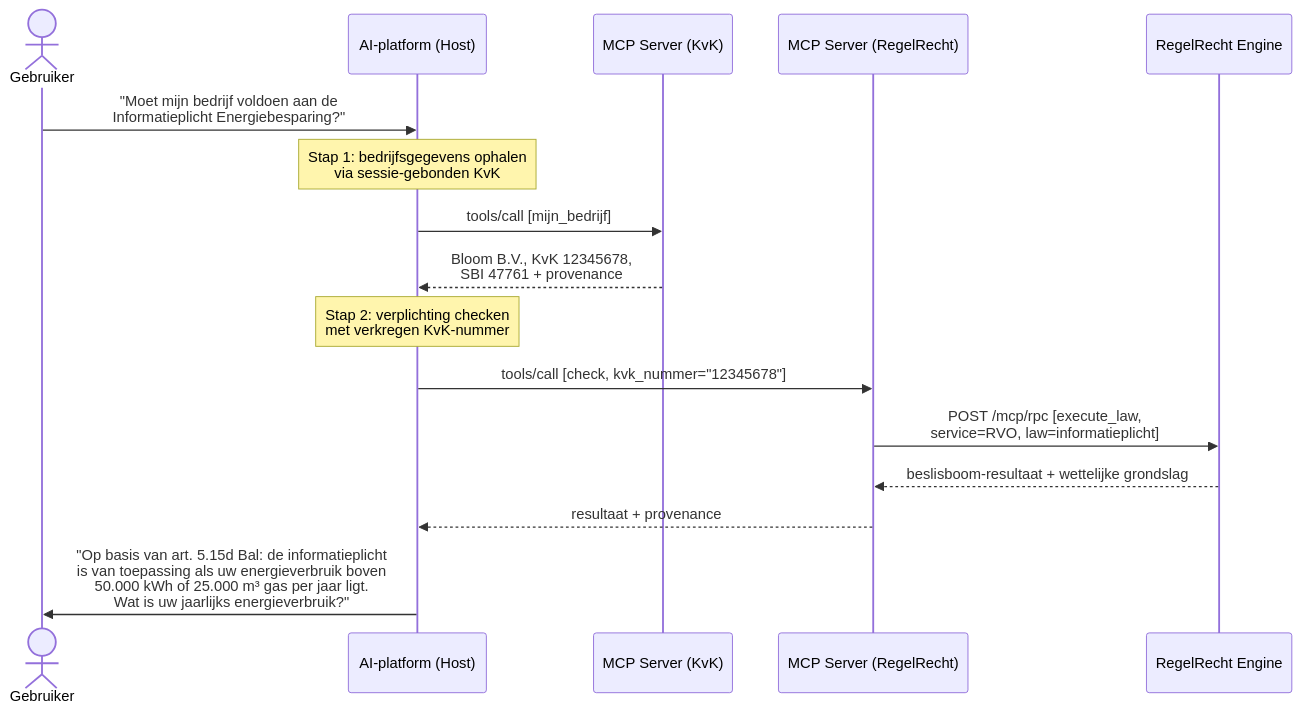
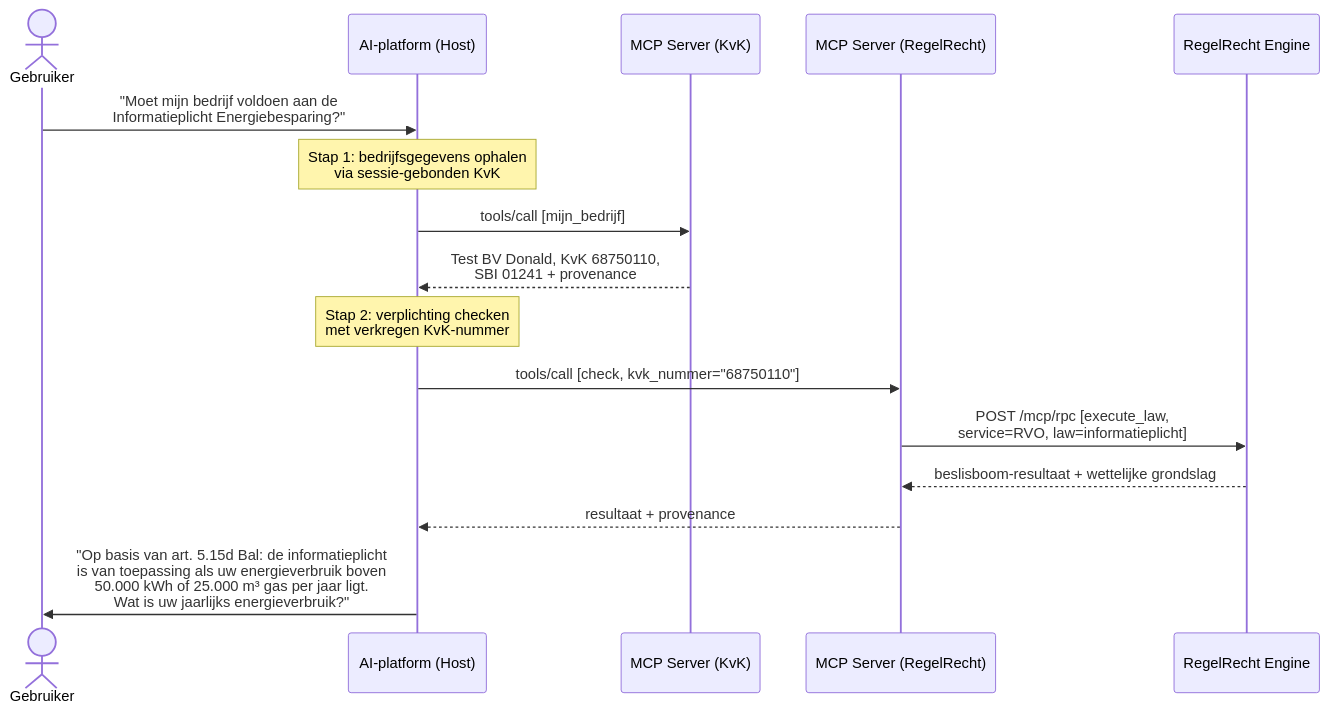
Before and after one commit to MinBZK/poc-moza: the fourth of 6 diagrams in mcp/README.md, drawn with Mermaid. The commit also changed other lines of this file and 6 other files, not shown here.

Commit message:
feat: use KVK-api: Bloom B.V. → Test BV Donald

````diff
--- a/mcp/README.md
+++ b/mcp/README.md
@@ -146,22 +146,22 @@
 ```mermaid
 sequenceDiagram
     actor Gebruiker
     participant Host as AI-platform (Host)
     participant KvK as MCP Server (KvK)
     participant RR as MCP Server (RegelRecht)
     participant Engine as RegelRecht Engine
 
     Gebruiker->>Host: "Moet mijn bedrijf voldoen aan de<br/>Informatieplicht Energiebesparing?"
 
     Note over Host: Stap 1: bedrijfsgegevens ophalen<br/>via sessie-gebonden KvK
     Host->>KvK: tools/call [mijn_bedrijf]
-    KvK-->>Host: Bloom B.V., KvK 12345678,<br/>SBI 47761 + provenance
+    KvK-->>Host: Test BV Donald, KvK 68750110,<br/>SBI 01241 + provenance
 
     Note over Host: Stap 2: verplichting checken<br/>met verkregen KvK-nummer
-    Host->>RR: tools/call [check, kvk_nummer="12345678"]
+    Host->>RR: tools/call [check, kvk_nummer="68750110"]
     RR->>Engine: POST /mcp/rpc [execute_law,<br/>service=RVO, law=informatieplicht]
     Engine-->>RR: beslisboom-resultaat + wettelijke grondslag
     RR-->>Host: resultaat + provenance
 
     Host->>Gebruiker: "Op basis van art. 5.15d Bal: de informatieplicht<br/>is van toepassing als uw energieverbruik boven<br/>50.000 kWh of 25.000 m³ gas per jaar ligt.<br/>Wat is uw jaarlijks energieverbruik?"
 ```
````
